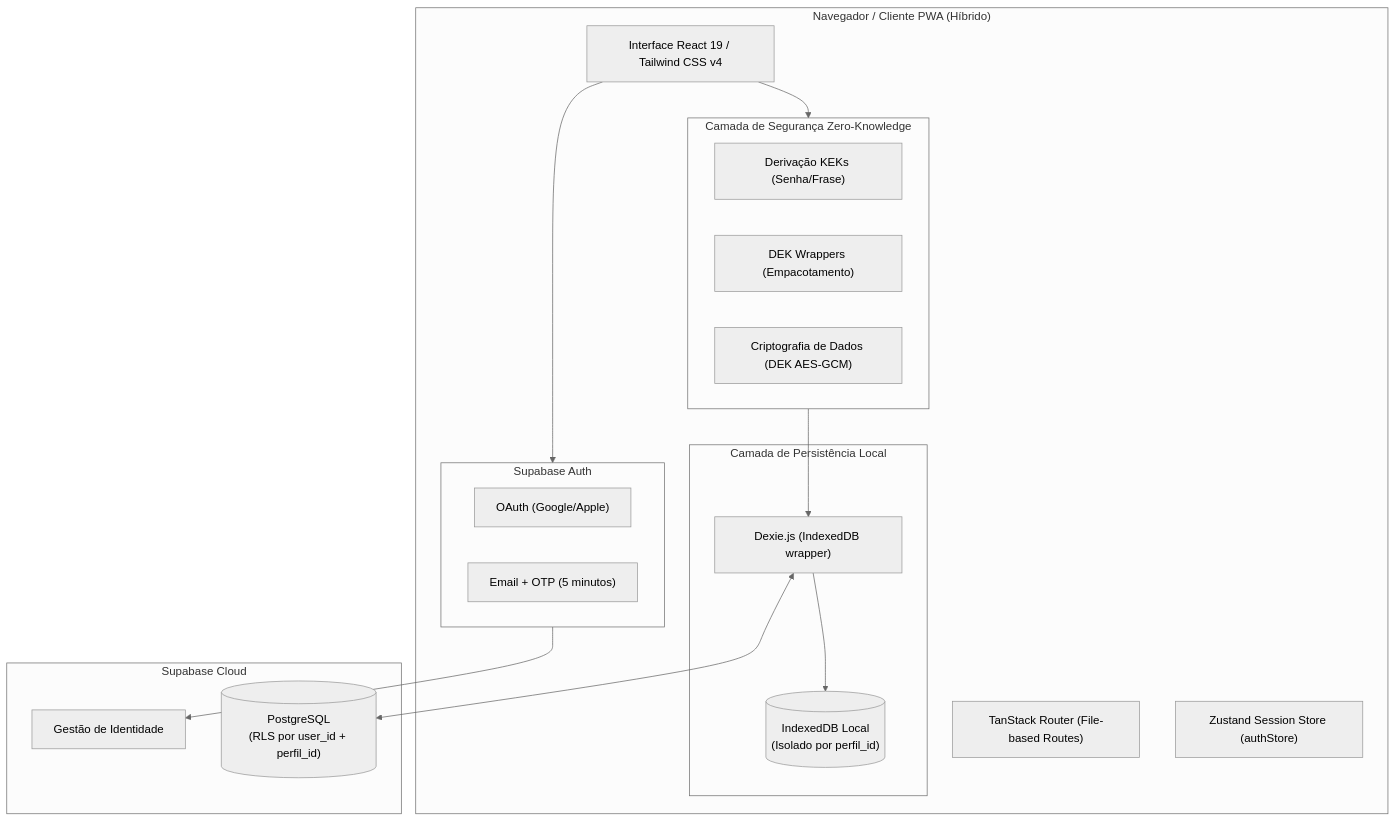
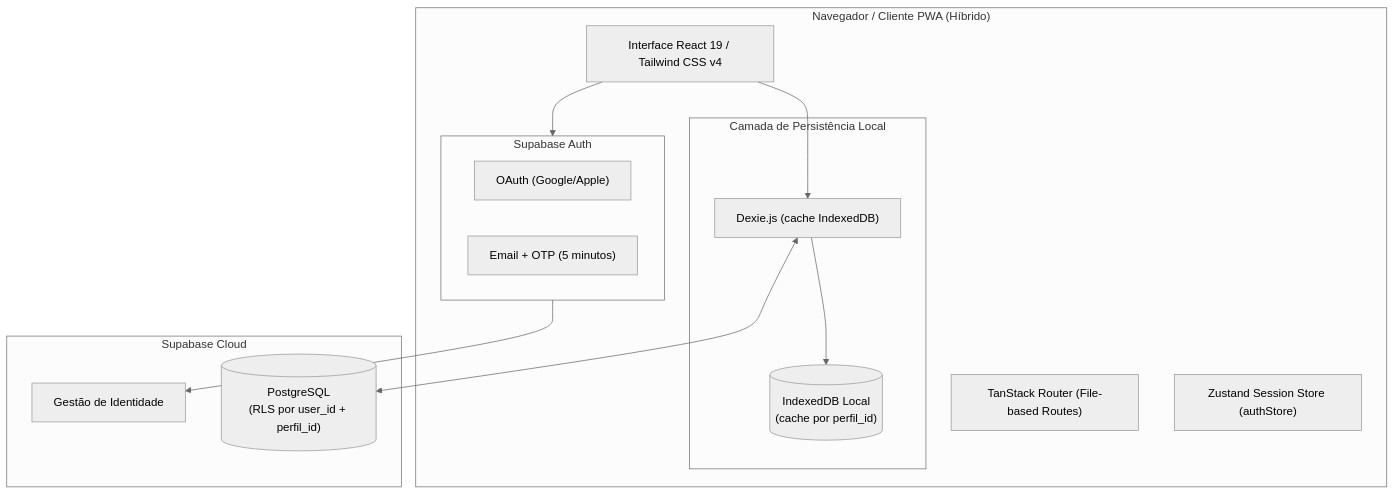
The diagram in docs/ARCHITECTURE.md (raffastudioproducoes-cloud/MiauDelier_Manager), drawn with Mermaid (neutral theme) before and after one commit. The commit also changed other lines of this file and 20 other files, not shown here.

````diff
--- a/docs/ARCHITECTURE.md
+++ b/docs/ARCHITECTURE.md
@@ -10,36 +10,29 @@
 ```mermaid
 flowchart TD
     subgraph Browser ["Navegador / Cliente PWA (Híbrido)"]
         UI["Interface React 19 / Tailwind CSS v4"]
         Router["TanStack Router (File-based Routes)"]
         Store["Zustand Session Store (authStore)"]
 
         subgraph AuthLayer ["Supabase Auth"]
           Social["OAuth (Google/Apple)"]
           EmailOTP["Email + OTP (5 minutos)"]
         end
 
-        subgraph SecurityLayer ["Camada de Segurança Zero-Knowledge"]
-          PBKDF2["Derivação KEKs (Senha/Frase)"]
-          DEKWRAP["DEK Wrappers (Empacotamento)"]
-          AESGCM["Criptografia de Dados (DEK AES-GCM)"]
-        end
-
         subgraph StorageLayer ["Camada de Persistência Local"]
-          Dexie["Dexie.js (IndexedDB wrapper)"]
-          DB[("IndexedDB Local\n(Isolado por perfil_id)")]
+          Dexie["Dexie.js (cache IndexedDB)"]
+          DB[("IndexedDB Local\n(cache por perfil_id)")]
         end
     end
 
     subgraph Cloud ["Supabase Cloud"]
         CloudAuth["Gestão de Identidade"]
         Postgres[("PostgreSQL\n(RLS por user_id + perfil_id)")]
     end
 
     UI --> AuthLayer
     AuthLayer --> CloudAuth
-    UI --> SecurityLayer
-    SecurityLayer --> Dexie
+    UI --> Dexie
     Dexie <--> Postgres
     Dexie --> DB
 ```
````
